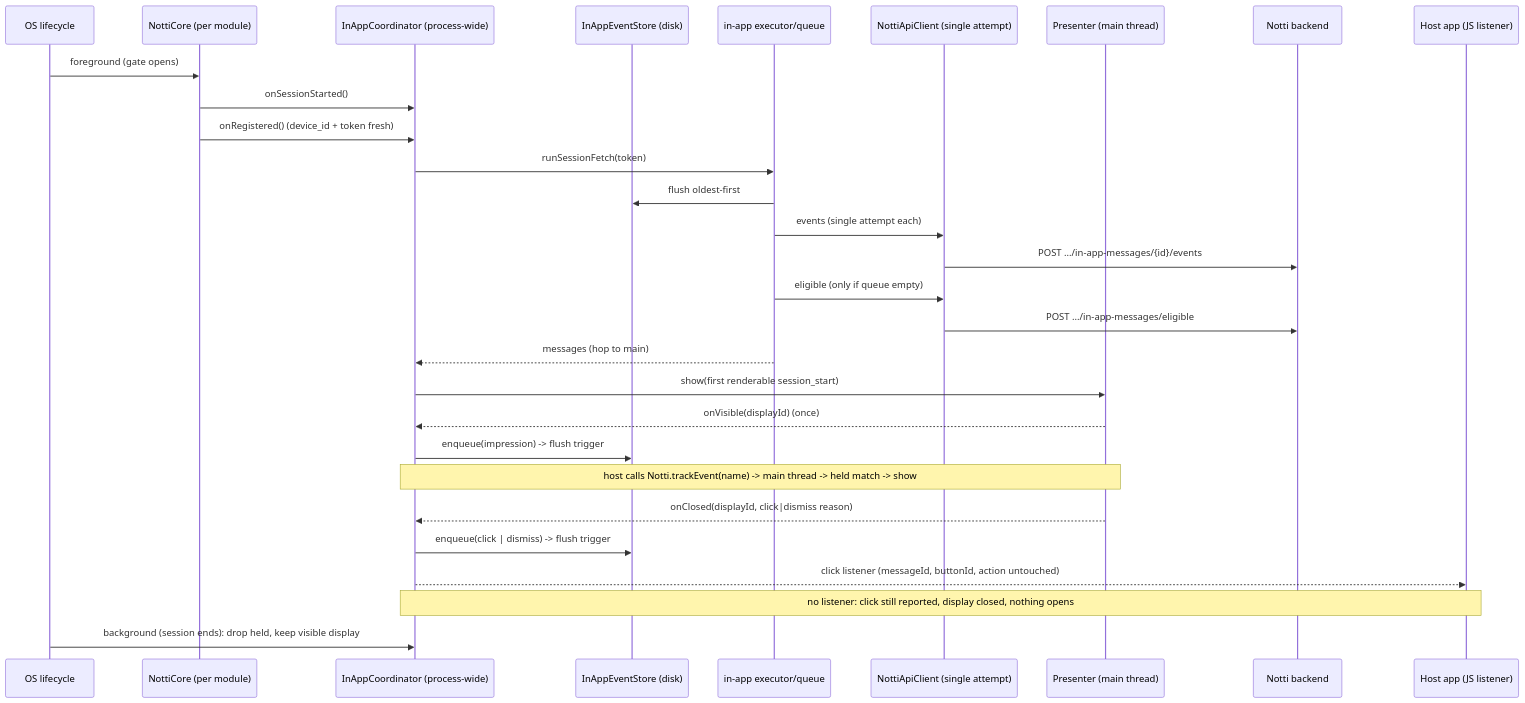
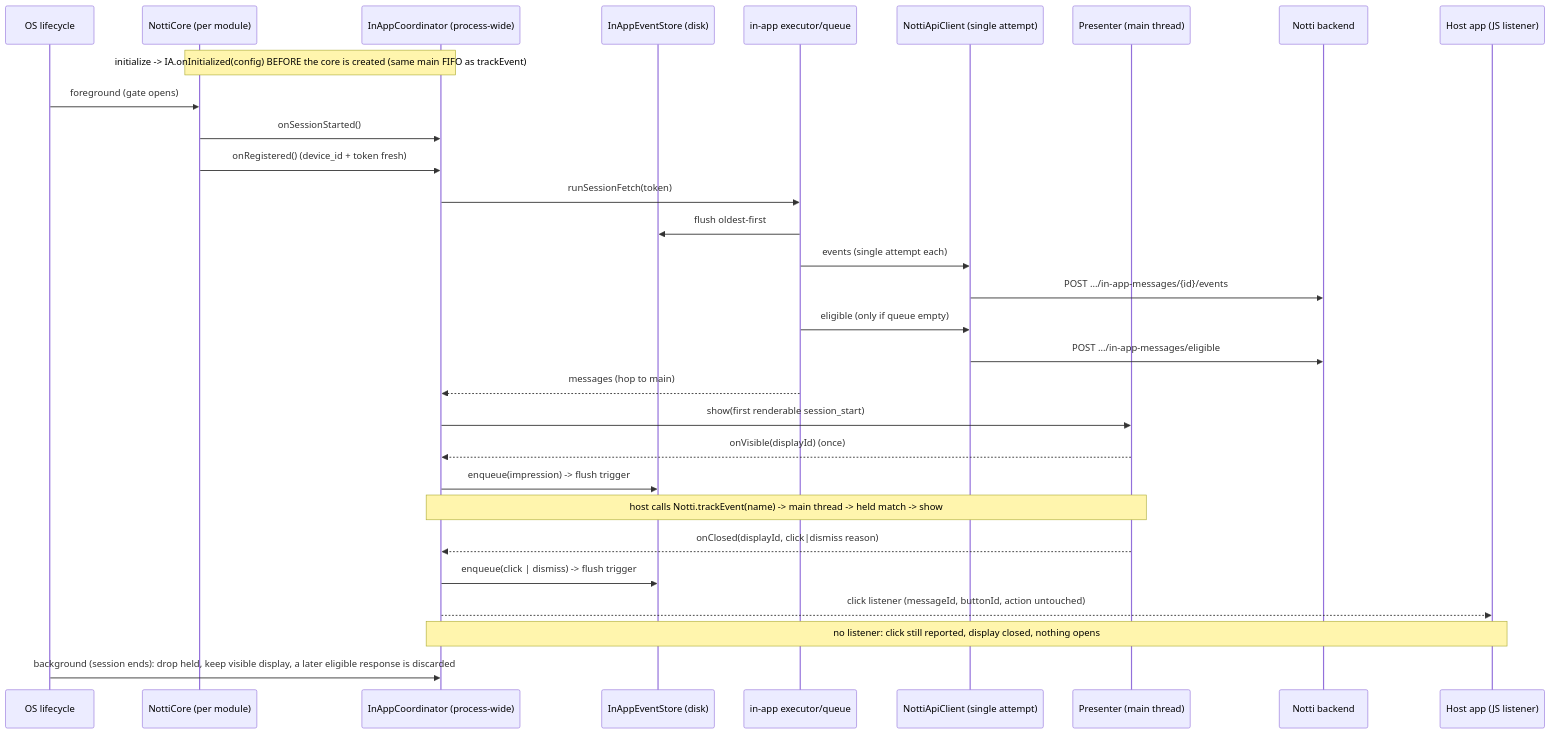
The first of 2 diagrams in .specs/features/in-app-messages/design.md (zeeplabs/zeep-notti-react-native), drawn with Mermaid before and after one commit. The commit also changed other lines of this file and 3 other files, not shown here.

````diff
--- a/.specs/features/in-app-messages/design.md
+++ b/.specs/features/in-app-messages/design.md
@@ -18,32 +18,33 @@
 ```mermaid
 sequenceDiagram
     participant OS as OS lifecycle
     participant Core as NottiCore (per module)
     participant IA as InAppCoordinator (process-wide)
     participant Q as InAppEventStore (disk)
     participant IO as in-app executor/queue
     participant API as NottiApiClient (single attempt)
     participant UI as Presenter (main thread)
     participant BE as Notti backend
     participant Host as Host app (JS listener)
 
+    Note over Core,IA: initialize -> IA.onInitialized(config) BEFORE the core is created (same main FIFO as trackEvent)
     OS->>Core: foreground (gate opens)
     Core->>IA: onSessionStarted()
     Core->>IA: onRegistered() (device_id + token fresh)
     IA->>IO: runSessionFetch(token)
     IO->>Q: flush oldest-first
     IO->>API: events (single attempt each)
     API->>BE: POST .../in-app-messages/{id}/events
     IO->>API: eligible (only if queue empty)
     API->>BE: POST .../in-app-messages/eligible
     IO-->>IA: messages (hop to main)
     IA->>UI: show(first renderable session_start)
     UI-->>IA: onVisible(displayId)  (once)
     IA->>Q: enqueue(impression)  -> flush trigger
     Note over UI,IA: host calls Notti.trackEvent(name) -> main thread -> held match -> show
     UI-->>IA: onClosed(displayId, click|dismiss reason)
     IA->>Q: enqueue(click | dismiss) -> flush trigger
     IA-->>Host: click listener (messageId, buttonId, action untouched)
     Note over IA,Host: no listener: click still reported, display closed, nothing opens
-    OS->>IA: background (session ends): drop held, keep visible display
+    OS->>IA: background (session ends): drop held, keep visible display, a later eligible response is discarded
 ```
````
